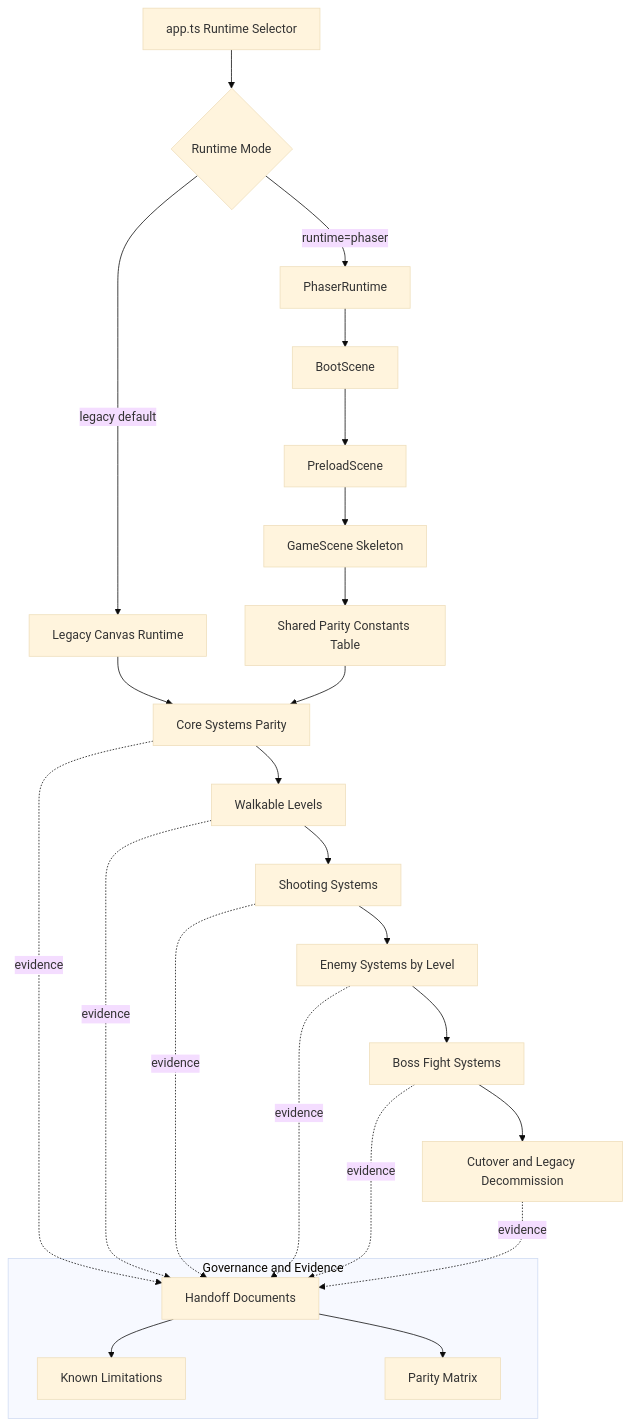
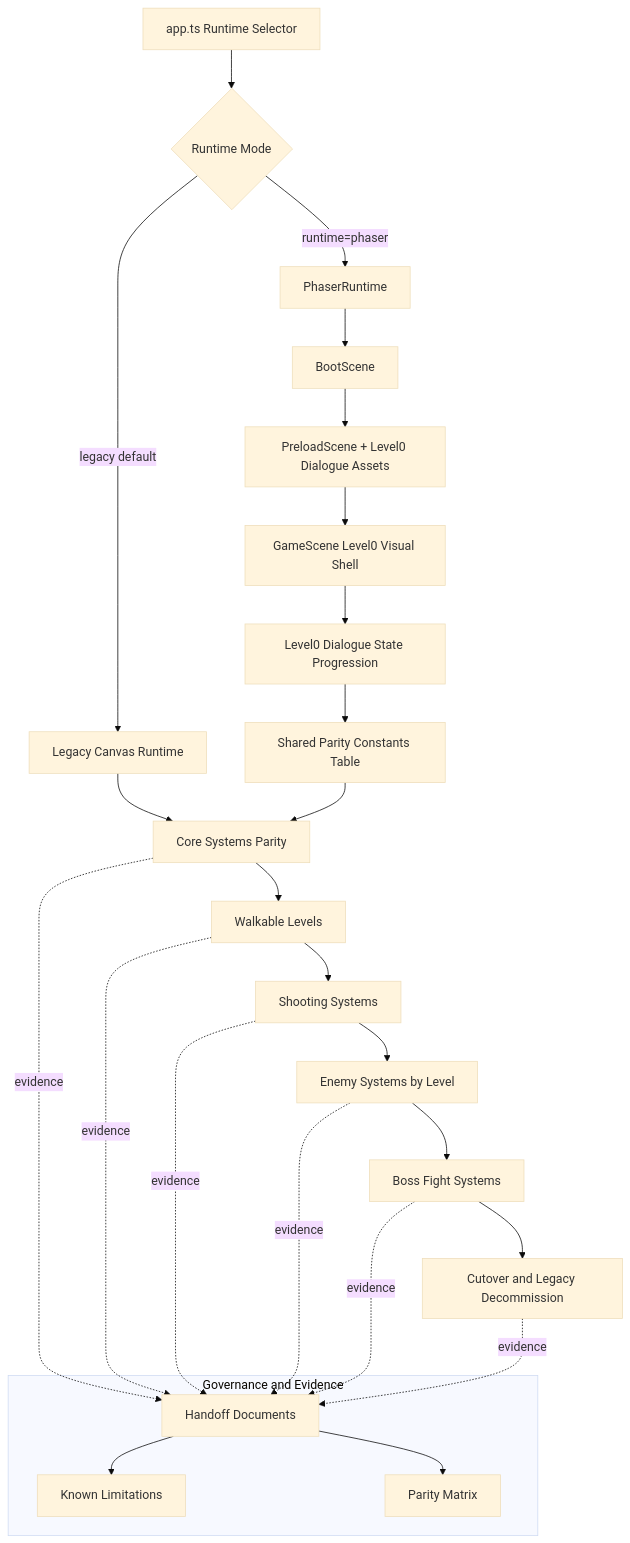
The diagram in docs/architecture/phaser-migration.mmd (PatBaruch/VirusVanguardPhaser), drawn with Mermaid (base theme) before and after one commit. The commit also changed 14 other files, not shown here.

Commit message:
feat(parity:PR-008): implement level0 visuals and dialogue progression parity

```diff
--- a/docs/architecture/phaser-migration.mmd
+++ b/docs/architecture/phaser-migration.mmd
@@ -1,30 +1,31 @@
 flowchart TD
   A[app.ts Runtime Selector] --> B{Runtime Mode}
   B -->|legacy default| C[Legacy Canvas Runtime]
   B -->|runtime=phaser| D[PhaserRuntime]
   D --> D1[BootScene]
-  D1 --> D2[PreloadScene]
-  D2 --> D3[GameScene Skeleton]
-  D3 --> D4[Shared Parity Constants Table]
+  D1 --> D2[PreloadScene + Level0 Dialogue Assets]
+  D2 --> D3[GameScene Level0 Visual Shell]
+  D3 --> D4[Level0 Dialogue State Progression]
+  D4 --> D5[Shared Parity Constants Table]
   C --> E[Core Systems Parity]
-  D4 --> E
+  D5 --> E
   E --> F[Walkable Levels]
   F --> G[Shooting Systems]
   G --> H[Enemy Systems by Level]
   H --> I[Boss Fight Systems]
   I --> J[Cutover and Legacy Decommission]
 
   subgraph Governance[Governance and Evidence]
     K[Handoff Documents]
     L[Known Limitations]
     M[Parity Matrix]
   end
 
   E -.evidence.-> K
   F -.evidence.-> K
   G -.evidence.-> K
   H -.evidence.-> K
   I -.evidence.-> K
   J -.evidence.-> K
   K --> L
   K --> M
```
